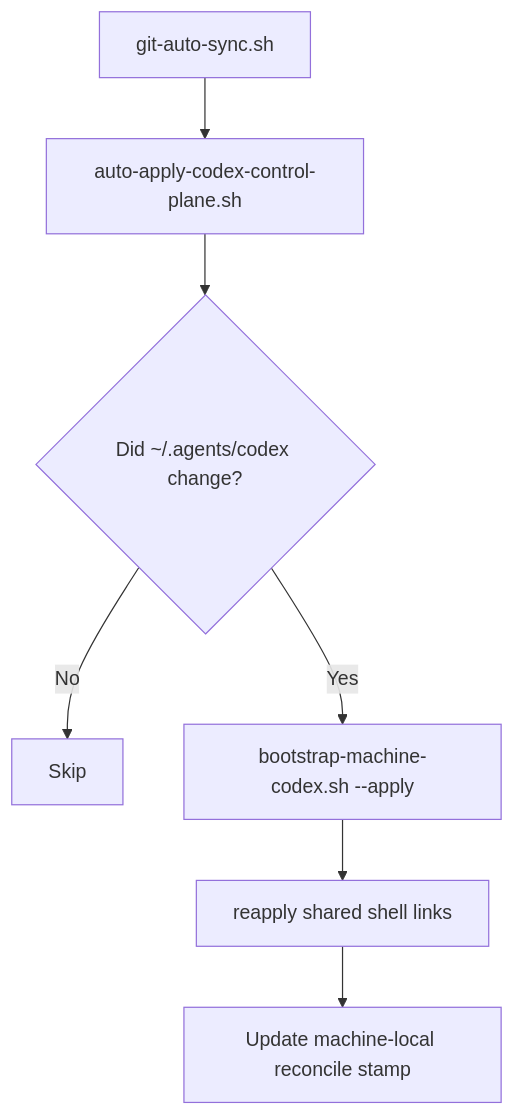
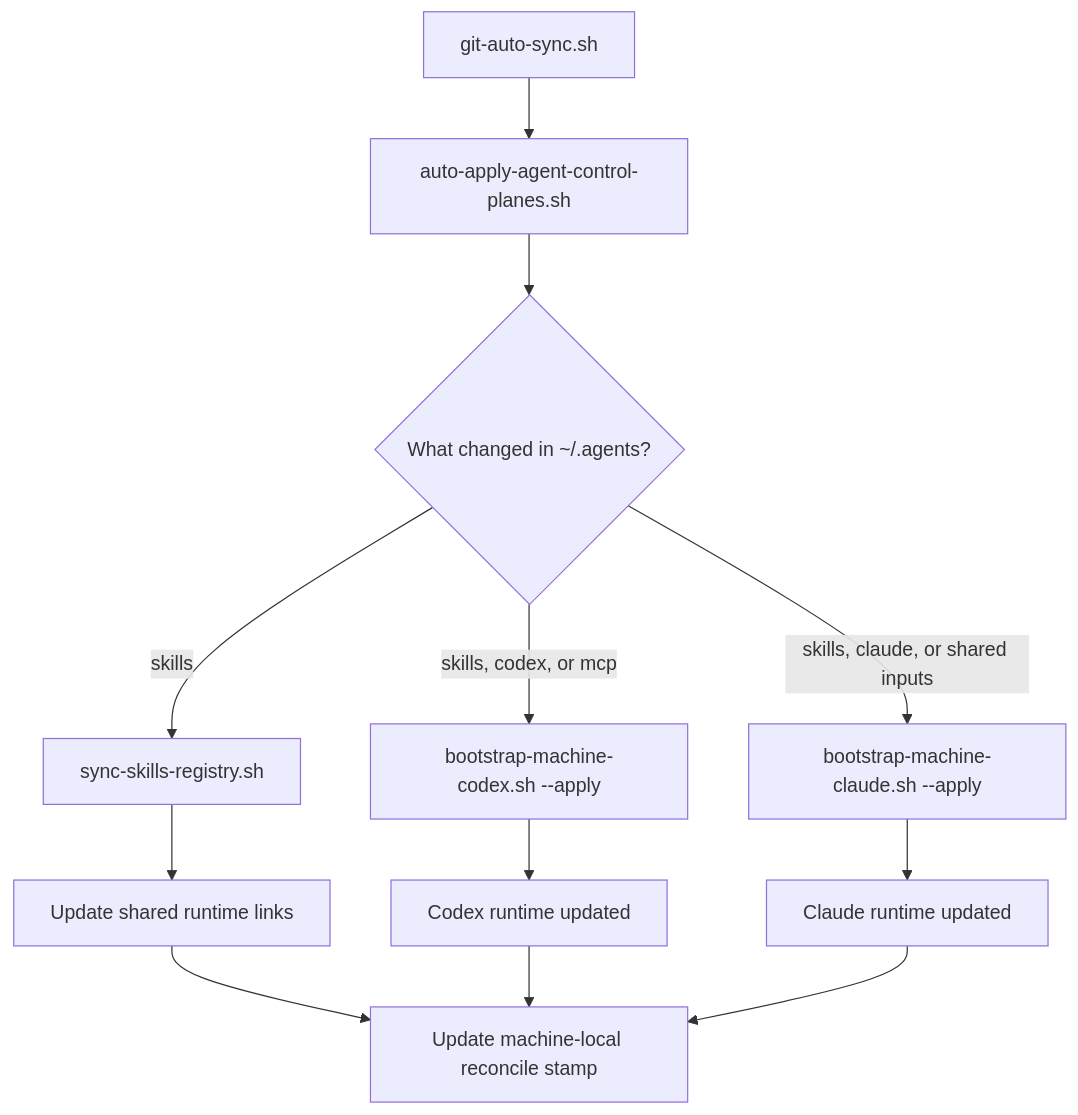
Before and after one commit to wisdom-in-a-nutshell/.agents: the second of 5 diagrams in docs/architecture/codex-control-plane-script-flows.md, drawn with Mermaid. The commit also changed other lines of this file and 18 other files, not shown here.

````diff
--- a/docs/architecture/codex-control-plane-script-flows.md
+++ b/docs/architecture/codex-control-plane-script-flows.md
@@ -57,9 +57,14 @@
 ```mermaid
 flowchart TD
-    A[git-auto-sync.sh] --> B[auto-apply-codex-control-plane.sh]
-    B --> C{Did ~/.agents/codex change?}
-    C -->|No| D[Skip]
-    C -->|Yes| E[bootstrap-machine-codex.sh --apply]
-    E --> F[reapply shared shell links]
-    F --> G[Update machine-local reconcile stamp]
+    A[git-auto-sync.sh] --> B[auto-apply-agent-control-planes.sh]
+    B --> C{What changed in ~/.agents?}
+    C -->|skills| D[sync-skills-registry.sh]
+    C -->|skills, codex, or mcp| E[bootstrap-machine-codex.sh --apply]
+    C -->|skills, claude, or shared inputs| F[bootstrap-machine-claude.sh --apply]
+    D --> G[Update shared runtime links]
+    E --> H[Codex runtime updated]
+    F --> I[Claude runtime updated]
+    G --> J[Update machine-local reconcile stamp]
+    H --> J
+    I --> J
 ```
````
